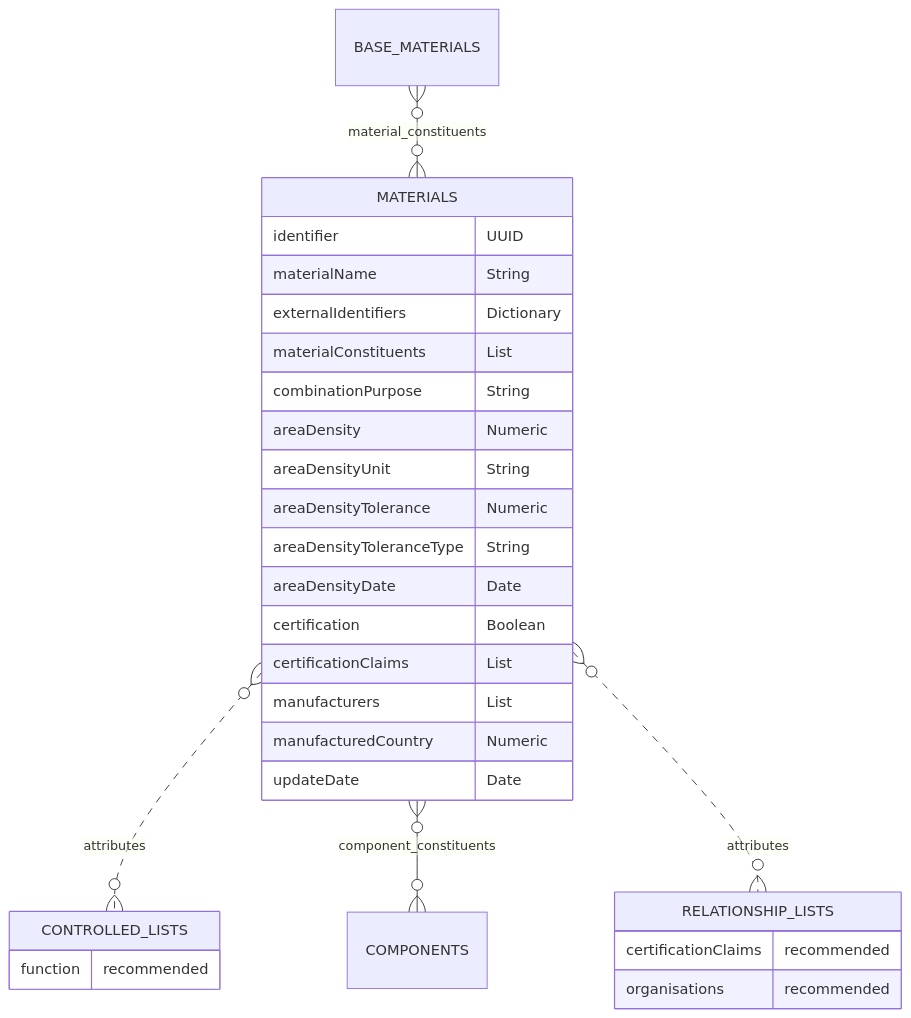
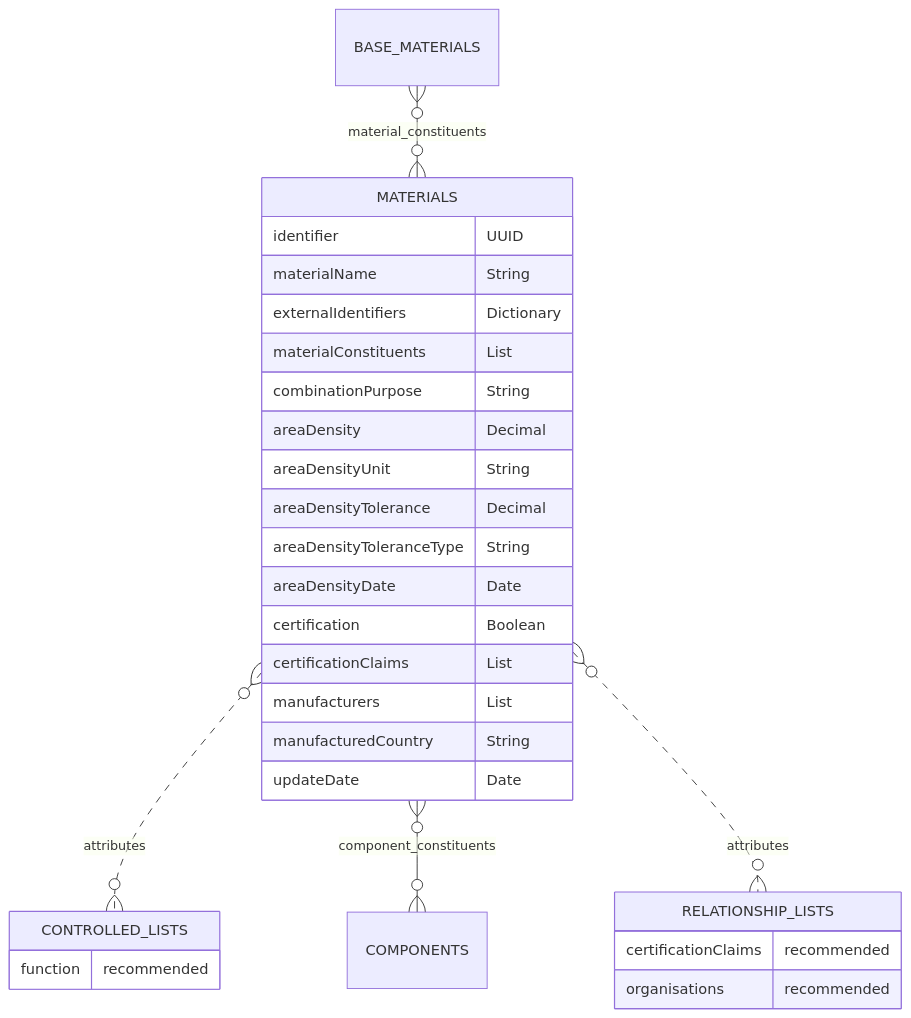
Before and after one commit to OpenDataManchester/Open3P: the diagram in docs/3_Data_Specification/3_2_Materials.md, drawn with Mermaid. The commit also changed other lines of this file, not shown here.

Commit message:
Changed Numeric format in Materials

````diff
--- a/docs/3_Data_Specification/3_2_Materials.md
+++ b/docs/3_Data_Specification/3_2_Materials.md
@@ -31,31 +31,31 @@
 ``` mermaid
 erDiagram
 BASE_MATERIALS }o--o{ MATERIALS : material_constituents
   MATERIALS {
     identifier UUID
     materialName String
     externalIdentifiers Dictionary
     materialConstituents List
     combinationPurpose String
-    areaDensity Numeric
+    areaDensity Decimal
     areaDensityUnit String
-    areaDensityTolerance Numeric
+    areaDensityTolerance Decimal
     areaDensityToleranceType String
     areaDensityDate Date
     certification Boolean
     certificationClaims List
     manufacturers List
-    manufacturedCountry Numeric
+    manufacturedCountry String
     updateDate Date
   }
   MATERIALS }o..o{ CONTROLLED_LISTS : attributes
   MATERIALS }o--o{ COMPONENTS : component_constituents
   MATERIALS }o..o{ RELATIONSHIP_LISTS : attributes
         CONTROLLED_LISTS {
     function recommended
     }
         RELATIONSHIP_LISTS {
     certificationClaims recommended
     organisations recommended
       }
 ```
````
